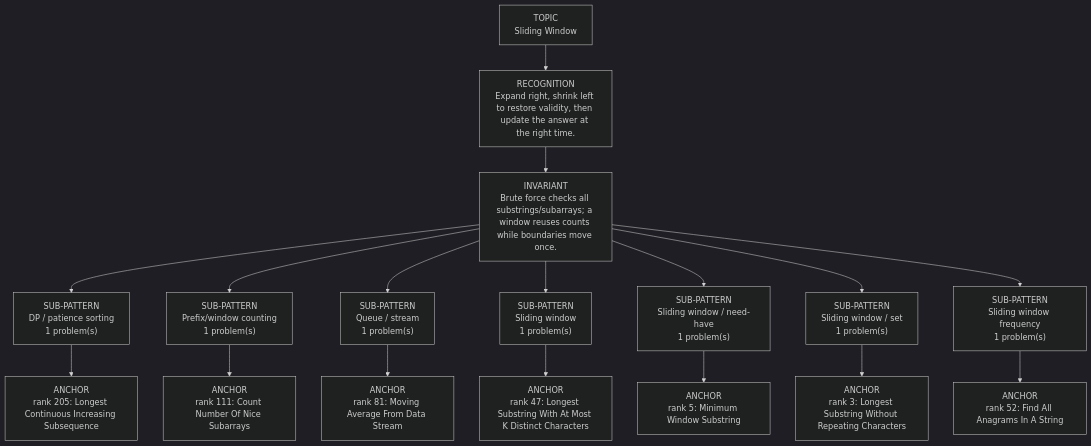
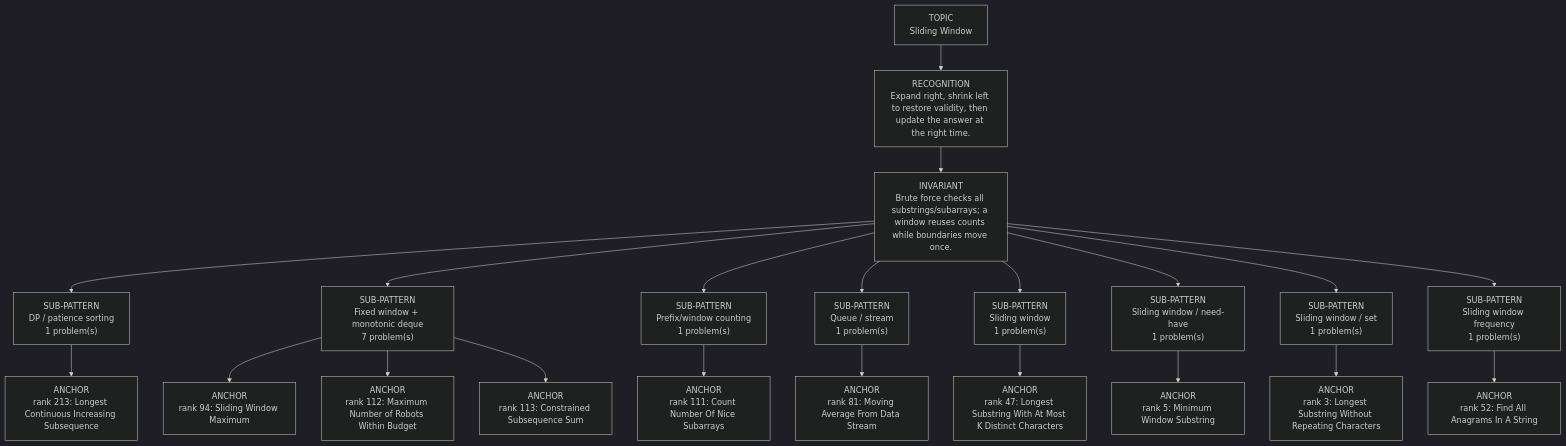
One commit to thechiranjeevjain/DSA10days changed the diagram in dsa-review/interview/patterns/03_sliding_window.md. Above: the diagram before and after it, drawn with Mermaid (dark theme). The commit also changed other lines of this file and 61 other files, not shown here.

````diff
--- a/dsa-review/interview/patterns/03_sliding_window.md
+++ b/dsa-review/interview/patterns/03_sliding_window.md
@@ -15,21 +15,25 @@
 ```mermaid
 flowchart TD
   Topic["TOPIC<br/>Sliding Window"]
   Recognition["RECOGNITION<br/>Expand right, shrink left to restore validity, then update the answer at the right time."]
   Invariant["INVARIANT<br/>Brute force checks all substrings/subarrays; a window reuses counts while boundaries move once."]
   Topic --> Recognition --> Invariant
   Invariant --> Sub01["SUB-PATTERN<br/>DP / patience sorting<br/>1 problem(s)"]
-  Sub01 --> Sub01A01["ANCHOR<br/>rank 205: Longest Continuous Increasing Subsequence"]
-  Invariant --> Sub02["SUB-PATTERN<br/>Prefix/window counting<br/>1 problem(s)"]
-  Sub02 --> Sub02A01["ANCHOR<br/>rank 111: Count Number Of Nice Subarrays"]
-  Invariant --> Sub03["SUB-PATTERN<br/>Queue / stream<br/>1 problem(s)"]
-  Sub03 --> Sub03A01["ANCHOR<br/>rank 81: Moving Average From Data Stream"]
-  Invariant --> Sub04["SUB-PATTERN<br/>Sliding window<br/>1 problem(s)"]
-  Sub04 --> Sub04A01["ANCHOR<br/>rank 47: Longest Substring With At Most K Distinct Characters"]
-  Invariant --> Sub05["SUB-PATTERN<br/>Sliding window / need-have<br/>1 problem(s)"]
-  Sub05 --> Sub05A01["ANCHOR<br/>rank 5: Minimum Window Substring"]
-  Invariant --> Sub06["SUB-PATTERN<br/>Sliding window / set<br/>1 problem(s)"]
-  Sub06 --> Sub06A01["ANCHOR<br/>rank 3: Longest Substring Without Repeating Characters"]
-  Invariant --> Sub07["SUB-PATTERN<br/>Sliding window frequency<br/>1 problem(s)"]
-  Sub07 --> Sub07A01["ANCHOR<br/>rank 52: Find All Anagrams In A String"]
+  Sub01 --> Sub01A01["ANCHOR<br/>rank 213: Longest Continuous Increasing Subsequence"]
+  Invariant --> Sub02["SUB-PATTERN<br/>Fixed window + monotonic deque<br/>7 problem(s)"]
+  Sub02 --> Sub02A01["ANCHOR<br/>rank 94: Sliding Window Maximum"]
+  Sub02 --> Sub02A02["ANCHOR<br/>rank 112: Maximum Number of Robots Within Budget"]
+  Sub02 --> Sub02A03["ANCHOR<br/>rank 113: Constrained Subsequence Sum"]
+  Invariant --> Sub03["SUB-PATTERN<br/>Prefix/window counting<br/>1 problem(s)"]
+  Sub03 --> Sub03A01["ANCHOR<br/>rank 111: Count Number Of Nice Subarrays"]
+  Invariant --> Sub04["SUB-PATTERN<br/>Queue / stream<br/>1 problem(s)"]
+  Sub04 --> Sub04A01["ANCHOR<br/>rank 81: Moving Average From Data Stream"]
+  Invariant --> Sub05["SUB-PATTERN<br/>Sliding window<br/>1 problem(s)"]
+  Sub05 --> Sub05A01["ANCHOR<br/>rank 47: Longest Substring With At Most K Distinct Characters"]
+  Invariant --> Sub06["SUB-PATTERN<br/>Sliding window / need-have<br/>1 problem(s)"]
+  Sub06 --> Sub06A01["ANCHOR<br/>rank 5: Minimum Window Substring"]
+  Invariant --> Sub07["SUB-PATTERN<br/>Sliding window / set<br/>1 problem(s)"]
+  Sub07 --> Sub07A01["ANCHOR<br/>rank 3: Longest Substring Without Repeating Characters"]
+  Invariant --> Sub08["SUB-PATTERN<br/>Sliding window frequency<br/>1 problem(s)"]
+  Sub08 --> Sub08A01["ANCHOR<br/>rank 52: Find All Anagrams In A String"]
 ```
````
